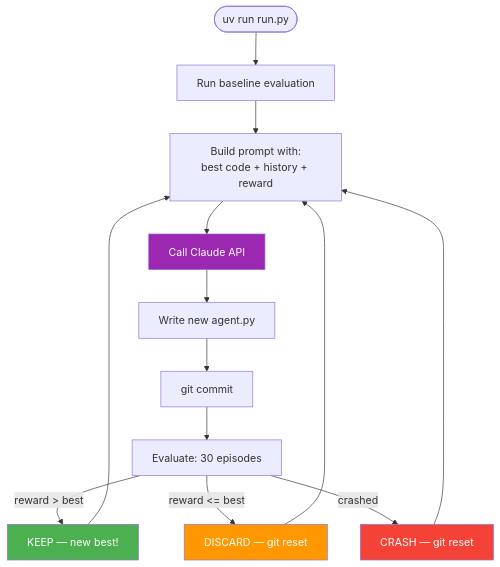
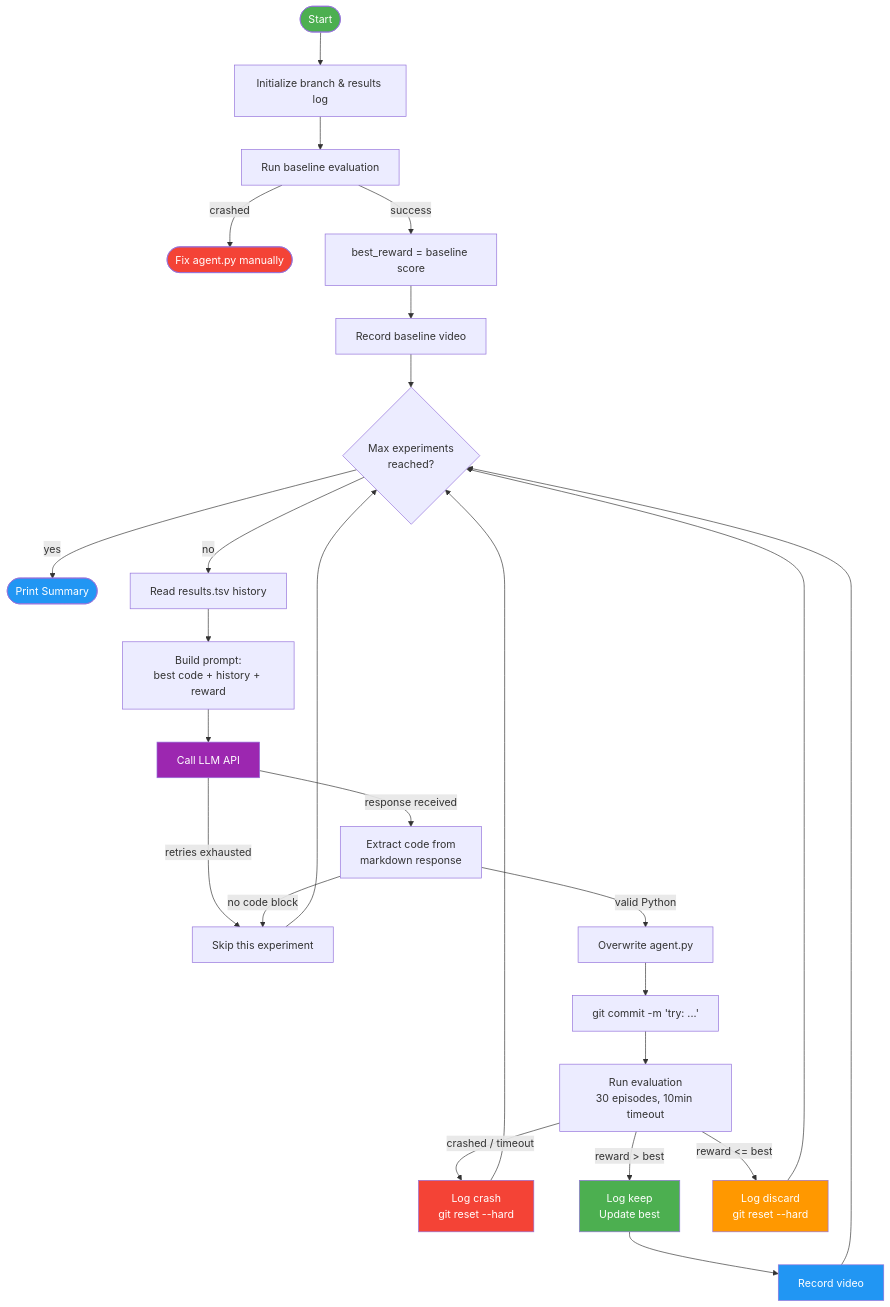
Before and after one commit to shehabyasser-scale/autoresearch-hack: the third of 21 diagrams in atari/README.md, drawn with Mermaid. The commit also changed other lines of this file and 2 other files, not shown here.

First line of the commit message:
feat: auto-record gameplay videos on kept experiments + merge architecture docs into atari README

````diff
--- a/atari/README.md
+++ b/atari/README.md
@@ -23,20 +296,45 @@
 ```mermaid
 flowchart TD
-    START(["uv run run.py"]) --> BASE["Run baseline evaluation"]
-    BASE --> PROMPT["Build prompt with:<br/>best code + history + reward"]
-    PROMPT --> LLM["Call Claude API"]
-    LLM --> WRITE["Write new agent.py"]
-    WRITE --> COMMIT["git commit"]
-    COMMIT --> EVAL["Evaluate: 30 episodes"]
-    EVAL -->|"reward > best"| KEEP["KEEP — new best!"]
-    EVAL -->|"reward <= best"| DISCARD["DISCARD — git reset"]
-    EVAL -->|"crashed"| CRASH["CRASH — git reset"]
-    KEEP --> PROMPT
-    DISCARD --> PROMPT
-    CRASH --> PROMPT
+    START(["Start"]) --> INIT["Initialize branch & results log"]
+    INIT --> BASELINE["Run baseline evaluation"]
 
+    BASELINE -->|"crashed"| ABORT(["Fix agent.py manually"])
+    BASELINE -->|"success"| SET_BEST["best_reward = baseline score"]
+    SET_BEST --> VID_BASE["Record baseline video"]
+
+    VID_BASE --> LIMIT{Max experiments<br/>reached?}
+    LIMIT -->|"yes"| DONE(["Print Summary"])
+    LIMIT -->|"no"| READ["Read results.tsv history"]
+
+    READ --> PROMPT["Build prompt:<br/>best code + history + reward"]
+    PROMPT --> LLM["Call LLM API"]
+
+    LLM -->|"retries exhausted"| SKIP["Skip this experiment"]
+    LLM -->|"response received"| EXTRACT["Extract code from<br/>markdown response"]
+
+    EXTRACT -->|"no code block"| SKIP
+    EXTRACT -->|"valid Python"| WRITE["Overwrite agent.py"]
+
+    WRITE --> GIT_COMMIT["git commit -m 'try: ...'"]
+    GIT_COMMIT --> EVAL["Run evaluation<br/>30 episodes, 10min timeout"]
+
+    EVAL -->|"crashed / timeout"| CRASH["Log crash<br/>git reset --hard"]
+    EVAL -->|"reward > best"| KEEP["Log keep<br/>Update best"]
+    EVAL -->|"reward <= best"| DISCARD["Log discard<br/>git reset --hard"]
+
+    KEEP --> VID["Record video"]
+    VID --> LIMIT
+
+    CRASH --> LIMIT
+    DISCARD --> LIMIT
+    SKIP --> LIMIT
+
+    style START fill:#4CAF50,color:#fff
+    style DONE fill:#2196F3,color:#fff
+    style ABORT fill:#f44336,color:#fff
     style KEEP fill:#4CAF50,color:#fff
+    style VID fill:#2196F3,color:#fff
     style DISCARD fill:#FF9800,color:#fff
     style CRASH fill:#f44336,color:#fff
     style LLM fill:#9C27B0,color:#fff
 ```
````
